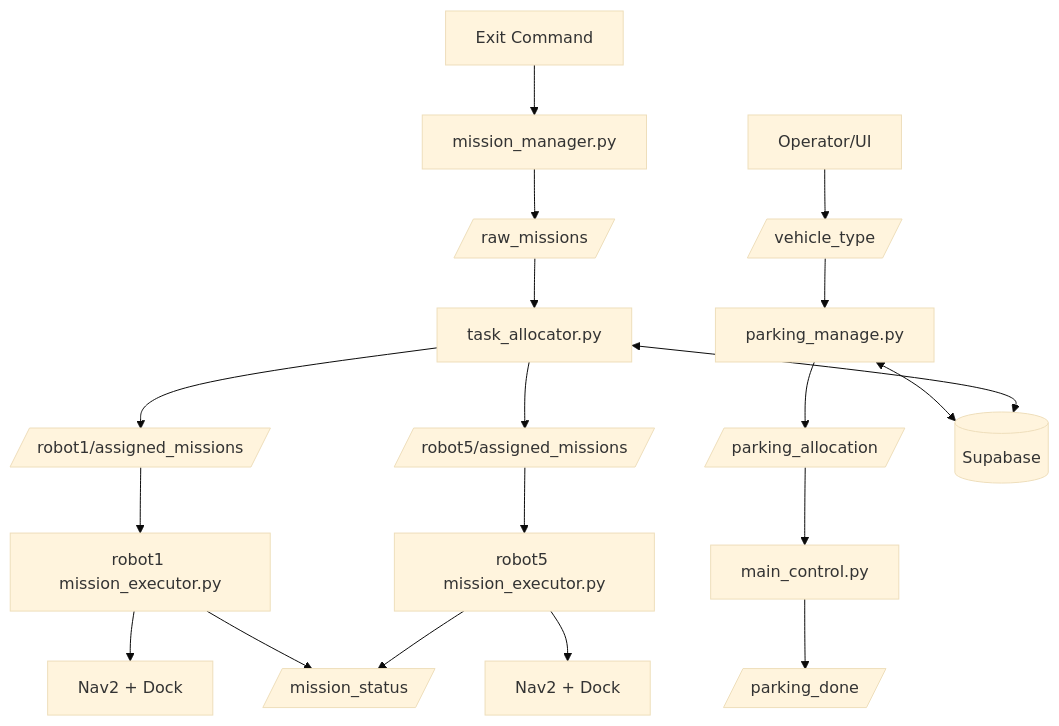
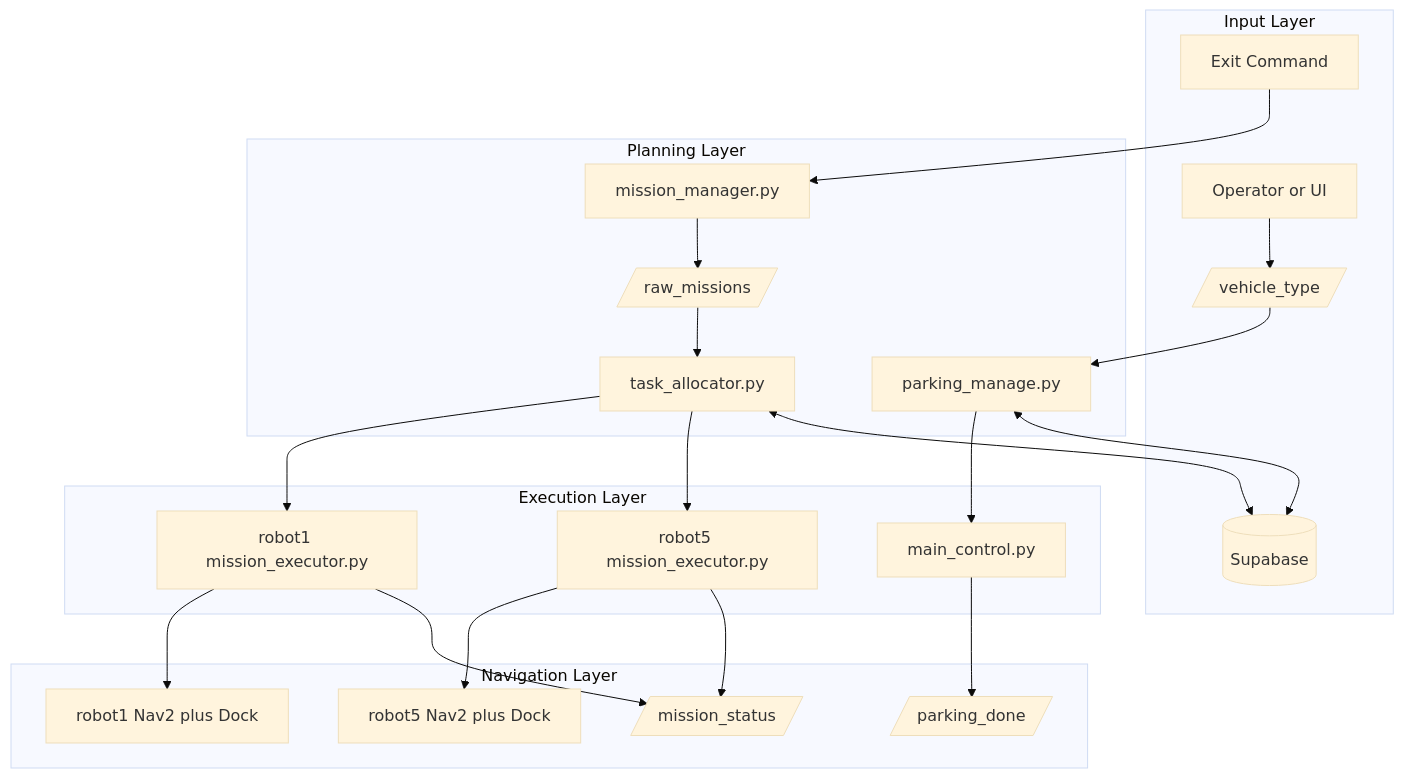
The diagram in 다중 AMR 주차대행 자동화 시스템 제어/README.md (amogae7/ROKEY_Projects), drawn with Mermaid (base theme) before and after one commit. The commit also changed 3 other files, not shown here.

Commit message:
docs: refactor architecture diagrams into layered subgraphs

````diff
--- a/다중 AMR 주차대행 자동화 시스템 제어/README.md
+++ b/다중 AMR 주차대행 자동화 시스템 제어/README.md
@@ -48,22 +48,45 @@
 ```mermaid
 flowchart TD
-  UI[Operator/UI] --> VT[/vehicle_type/]
-  VT --> PSM[parking_manage.py]
-  PSM --> ALLOC[/parking_allocation/]
-  ALLOC --> ORCH[main_control.py]
-  ORCH --> DONE[/parking_done/]
+  subgraph L0["Input Layer"]
+    UI[Operator or UI]
+    VT[/vehicle_type/]
+    CMD[Exit Command]
+    DB[(Supabase)]
+  end
 
-  CMD[Exit Command] --> MM[mission_manager.py]
-  MM --> RAW[/raw_missions/]
-  RAW --> TA[task_allocator.py]
-  TA --> R1[/robot1/assigned_missions/]
-  TA --> R5[/robot5/assigned_missions/]
-  R1 --> EX1[robot1 mission_executor.py]
-  R5 --> EX5[robot5 mission_executor.py]
-  EX1 --> NAV1[Nav2 + Dock]
-  EX5 --> NAV5[Nav2 + Dock]
-  EX1 --> STAT[/mission_status/]
+  subgraph L1["Planning Layer"]
+    PSM[parking_manage.py]
+    MM[mission_manager.py]
+    TA[task_allocator.py]
+    RAW[/raw_missions/]
+  end
+
+  subgraph L2["Execution Layer"]
+    ORCH[main_control.py]
+    EX1[robot1 mission_executor.py]
+    EX5[robot5 mission_executor.py]
+  end
+
+  subgraph L3["Navigation Layer"]
+    NAV1[robot1 Nav2 plus Dock]
+    NAV5[robot5 Nav2 plus Dock]
+    DONE[/parking_done/]
+    STAT[/mission_status/]
+  end
+
+  UI --> VT
+  VT --> PSM
+  PSM --> ORCH
+  ORCH --> DONE
+  CMD --> MM
+  MM --> RAW
+  RAW --> TA
+  TA --> EX1
+  TA --> EX5
+  EX1 --> NAV1
+  EX5 --> NAV5
+  EX1 --> STAT
   EX5 --> STAT
-  PSM <--> DB[(Supabase)]
+  PSM <--> DB
   TA <--> DB
 ```
````
